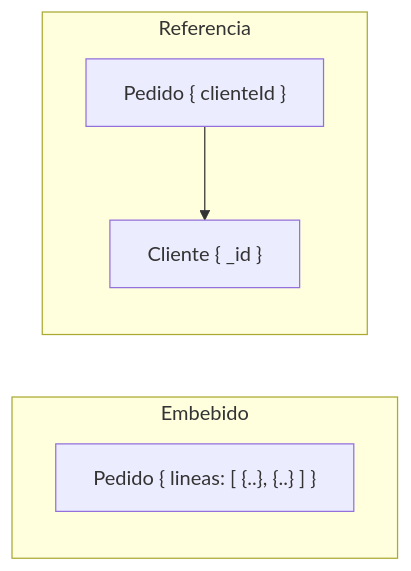
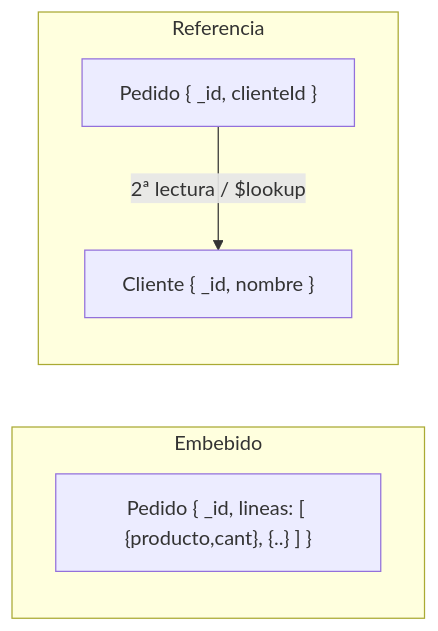
The third of 5 diagrams in Programación/Aprendizaje autodidacta/11_APIRESTMasterclass/teoria/17_NoSQL_MongoDB.md (obiticadev/DAM-2025-26), drawn with Mermaid before and after one commit. The commit also changed other lines of this file and 69 other files, not shown here.

````diff
--- a/Programación/Aprendizaje autodidacta/11_APIRESTMasterclass/teoria/17_NoSQL_MongoDB.md
+++ b/Programación/Aprendizaje autodidacta/11_APIRESTMasterclass/teoria/17_NoSQL_MongoDB.md
@@ -52,9 +164,9 @@
 ```mermaid
 flowchart LR
     subgraph Embebido
-      P1["Pedido { lineas: [ {..}, {..} ] }"]
+      P1["Pedido { _id, lineas: [ {producto,cant}, {..} ] }"]
     end
     subgraph Referencia
-      P2["Pedido { clienteId }"] --> C["Cliente { _id }"]
+      P2["Pedido { _id, clienteId }"] -->|2ª lectura / $lookup| C["Cliente { _id, nombre }"]
     end
 ```
````
